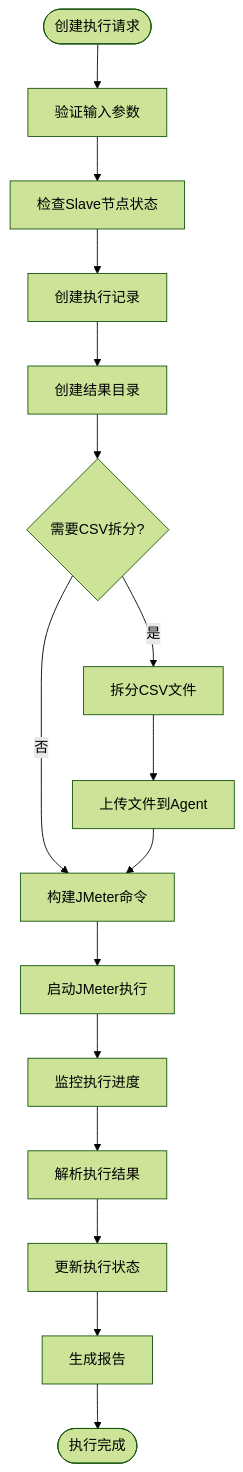
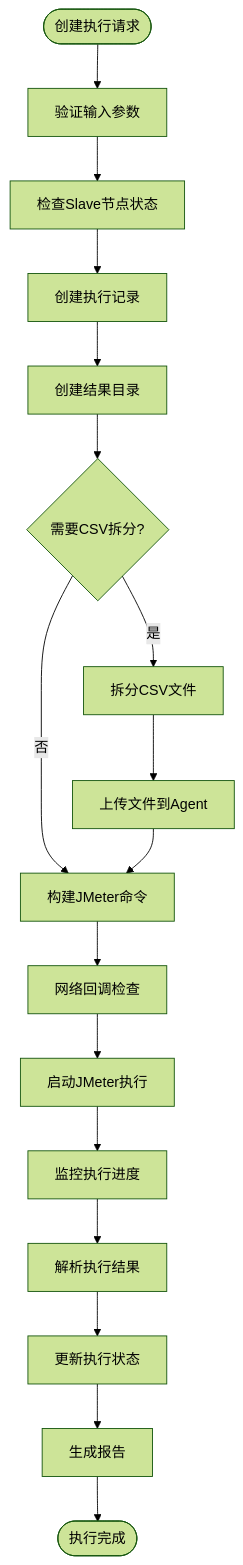
The eighth of 13 diagrams in .qoder/repowiki/zh/content/核心业务模块/JMeter Agent系统.md (Liyuhao02/Jmeter-Admin), drawn with Mermaid (forest theme) before and after one commit. The commit also changed other lines of this file and 7 other files, not shown here.

````diff
--- a/.qoder/repowiki/zh/content/核心业务模块/JMeter Agent系统.md
+++ b/.qoder/repowiki/zh/content/核心业务模块/JMeter Agent系统.md
@@ -399,18 +431,19 @@
 ```mermaid
 flowchart TD
 Start([创建执行请求]) --> ValidateInput["验证输入参数"]
 ValidateInput --> CheckSlaves["检查Slave节点状态"]
 CheckSlaves --> CreateRecord["创建执行记录"]
 CreateRecord --> CreateDirs["创建结果目录"]
 CreateDirs --> CheckCSV{"需要CSV拆分?"}
 CheckCSV --> |是| SplitCSV["拆分CSV文件"]
 CheckCSV --> |否| BuildCommand["构建JMeter命令"]
 SplitCSV --> UploadFiles["上传文件到Agent"]
 UploadFiles --> BuildCommand
-BuildCommand --> StartJMeter["启动JMeter执行"]
+BuildCommand --> CheckCallback["网络回调检查"]
+CheckCallback --> StartJMeter["启动JMeter执行"]
 StartJMeter --> MonitorProgress["监控执行进度"]
 MonitorProgress --> ParseResults["解析执行结果"]
 ParseResults --> UpdateStatus["更新执行状态"]
 UpdateStatus --> GenerateReport["生成报告"]
 GenerateReport --> End([执行完成])
 ```
````
